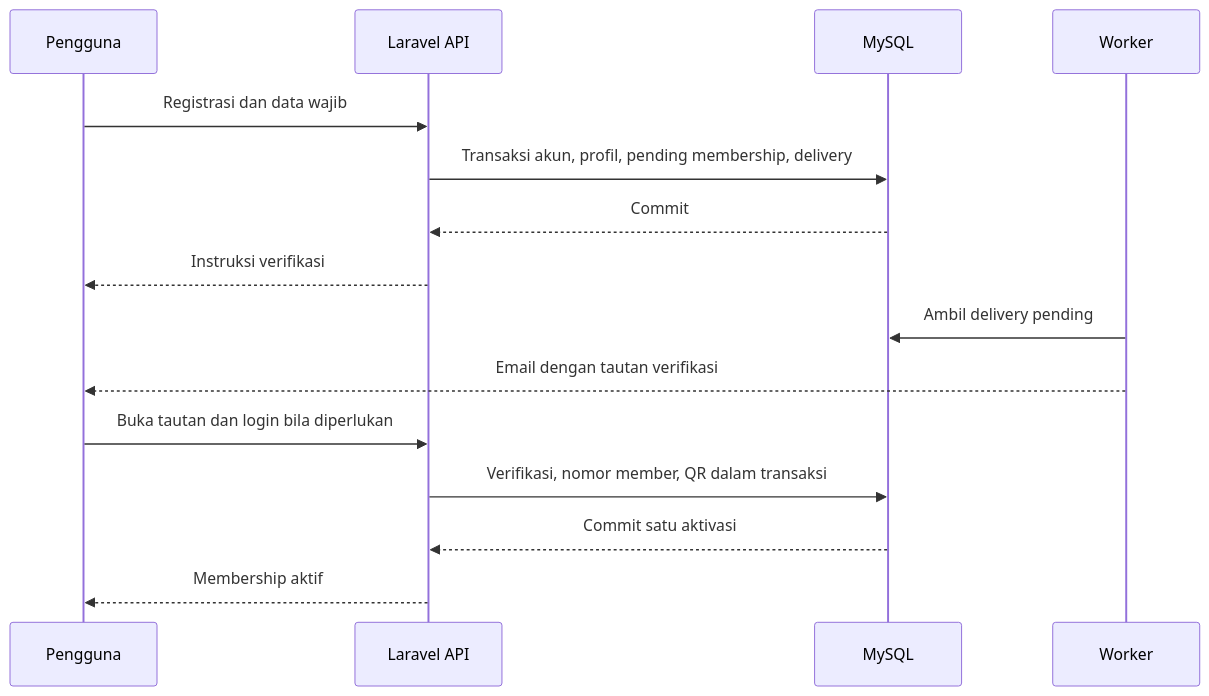
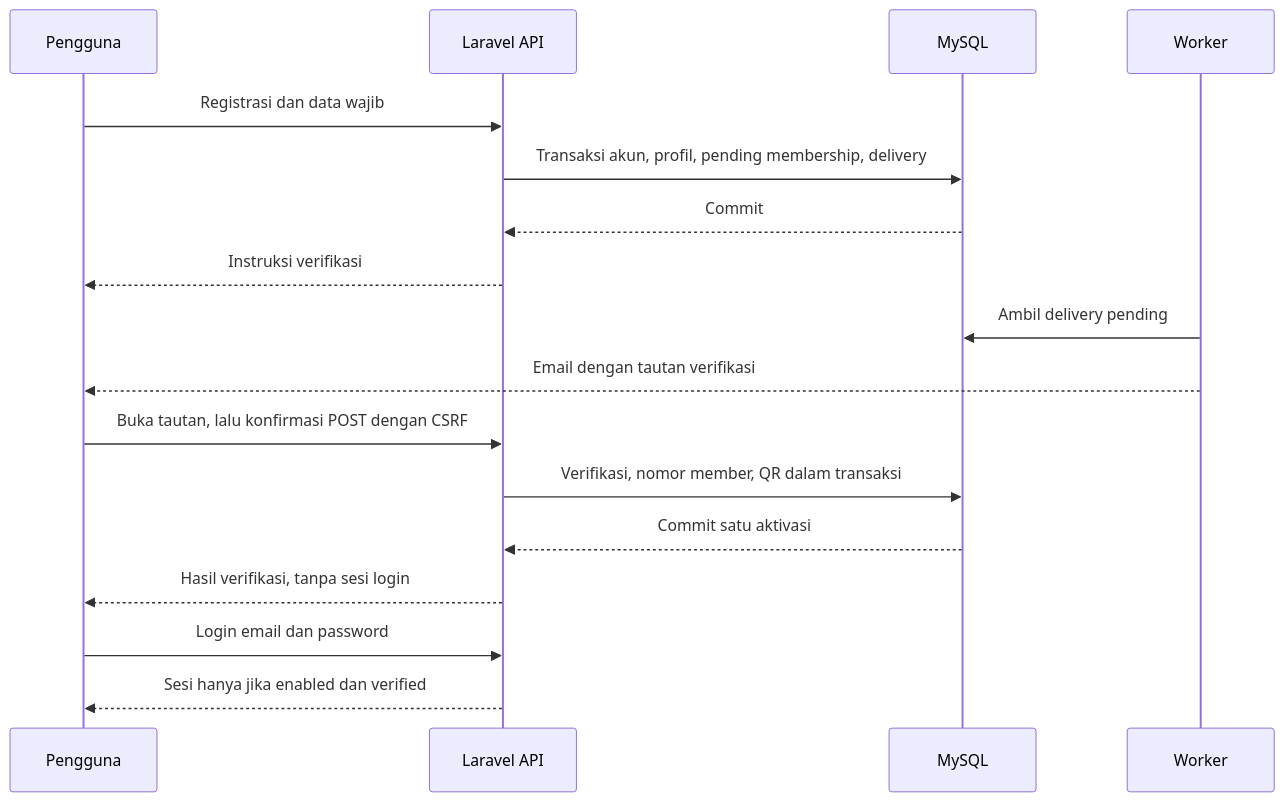
Before and after one commit to sulaimanF/sorerunapp: the second of 4 diagrams in ARCHITECTURE.md, drawn with Mermaid. The commit also changed other lines of this file and 72 other files, not shown here.

````diff
--- a/ARCHITECTURE.md
+++ b/ARCHITECTURE.md
@@ -218,17 +227,19 @@
 ```mermaid
 sequenceDiagram
     participant U as Pengguna
     participant A as Laravel API
     participant D as MySQL
     participant Q as Worker
     U->>A: Registrasi dan data wajib
     A->>D: Transaksi akun, profil, pending membership, delivery
     D-->>A: Commit
     A-->>U: Instruksi verifikasi
     Q->>D: Ambil delivery pending
     Q-->>U: Email dengan tautan verifikasi
-    U->>A: Buka tautan dan login bila diperlukan
+    U->>A: Buka tautan, lalu konfirmasi POST dengan CSRF
     A->>D: Verifikasi, nomor member, QR dalam transaksi
     D-->>A: Commit satu aktivasi
-    A-->>U: Membership aktif
+    A-->>U: Hasil verifikasi, tanpa sesi login
+    U->>A: Login email dan password
+    A-->>U: Sesi hanya jika enabled dan verified
 ```
````
